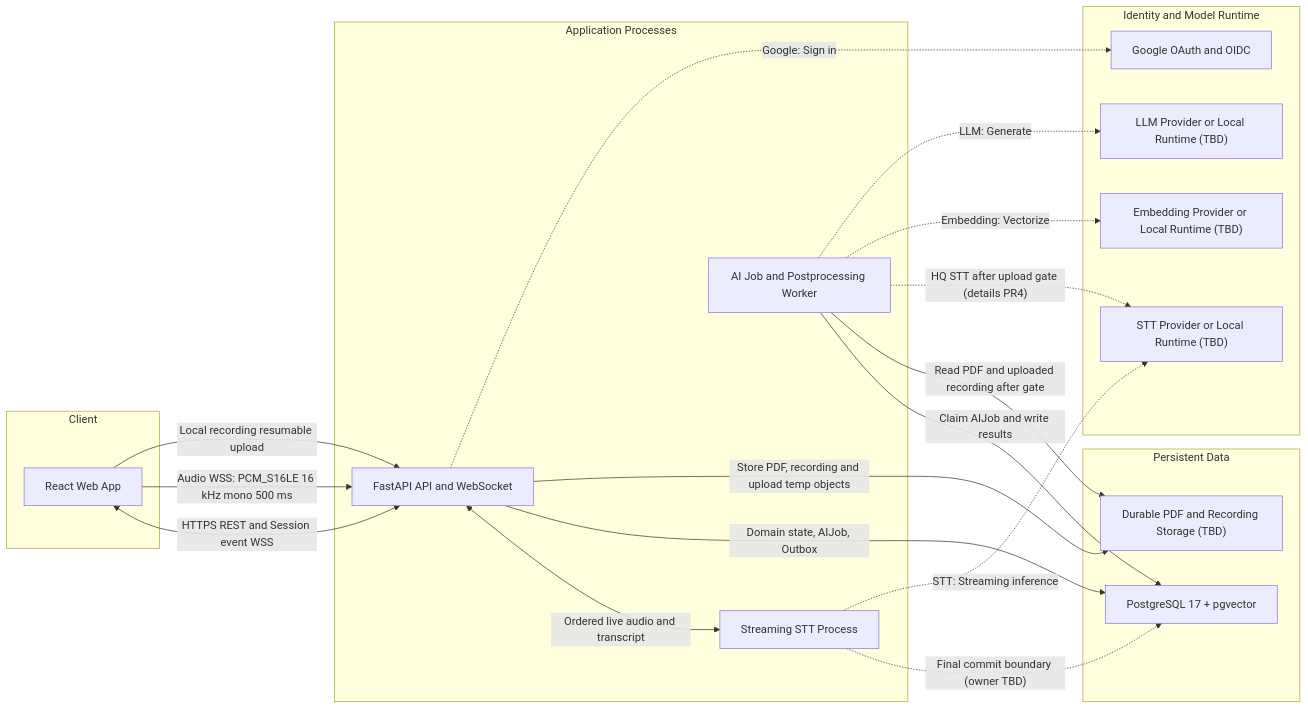
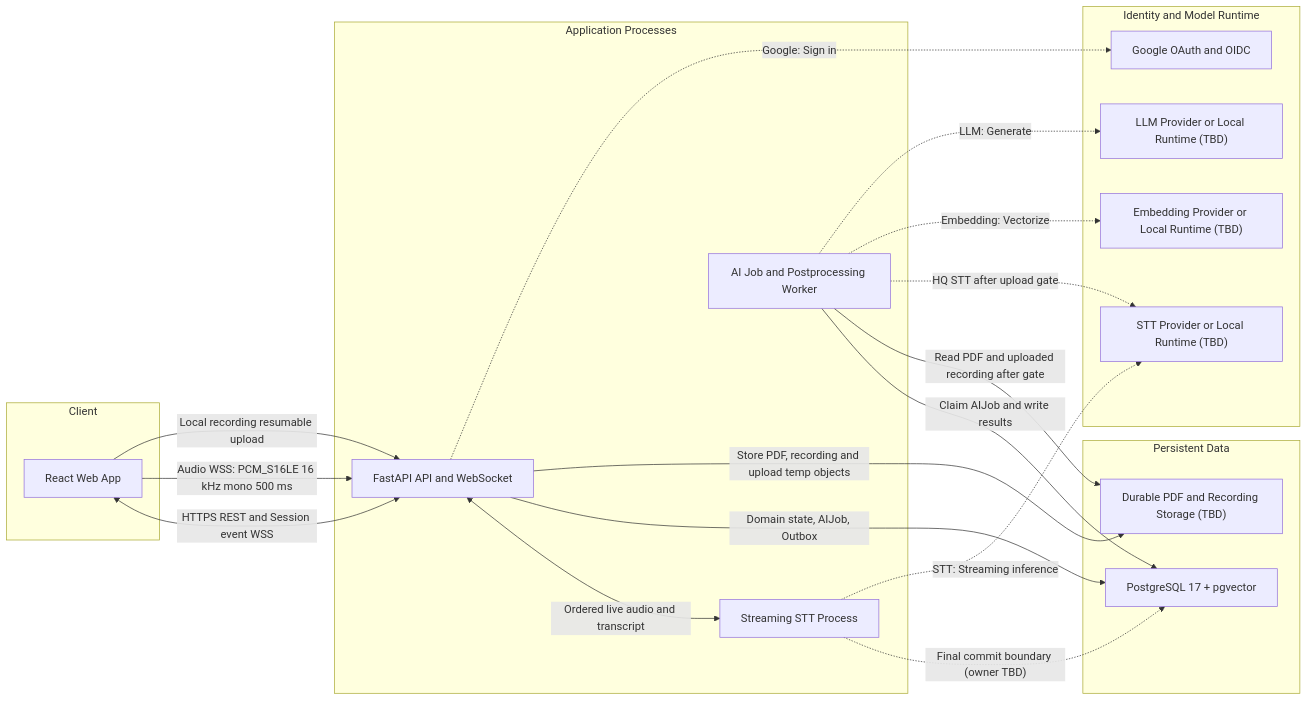
Before and after one commit to madcamp-official/26s-w2-c2-08: the second of 6 diagrams in docs/architecture/시스템구성도.md, drawn with Mermaid. The commit also changed other lines of this file and 1 other file, not shown here.

Commit message:
문서: 고품질 STT·watchdog와 부분 실패 완료 흐름 정리

````diff
--- a/docs/architecture/시스템구성도.md
+++ b/docs/architecture/시스템구성도.md
@@ -100,39 +100,39 @@
 ```mermaid
 flowchart LR
     subgraph client ["Client"]
         webApp["React Web App"]
     end
 
     subgraph service ["Application Processes"]
         apiServer["FastAPI API and WebSocket"]
         streamingStt["Streaming STT Process"]
         aiWorker["AI Job and Postprocessing Worker"]
     end
 
     subgraph datastore ["Persistent Data"]
         postgres["PostgreSQL 17 + pgvector"]
         fileStore["Durable PDF and Recording Storage (TBD)"]
     end
 
     subgraph external ["Identity and Model Runtime"]
         googleOidc["Google OAuth and OIDC"]
         sttRuntime["STT Provider or Local Runtime (TBD)"]
         embeddingRuntime["Embedding Provider or Local Runtime (TBD)"]
         llmRuntime["LLM Provider or Local Runtime (TBD)"]
     end
 
     webApp <-->|"HTTPS REST and Session event WSS"| apiServer
     webApp -->|"Audio WSS: PCM_S16LE 16 kHz mono 500 ms"| apiServer
     webApp -->|"Local recording resumable upload"| apiServer
     apiServer <-->|"Ordered live audio and transcript"| streamingStt
     apiServer -->|"Domain state, AIJob, Outbox"| postgres
     apiServer -->|"Store PDF, recording and upload temp objects"| fileStore
     streamingStt -.->|"Final commit boundary (owner TBD)"| postgres
     aiWorker -->|"Claim AIJob and write results"| postgres
     aiWorker -->|"Read PDF and uploaded recording after gate"| fileStore
     apiServer -.->|"Google: Sign in"| googleOidc
     streamingStt -.->|"STT: Streaming inference"| sttRuntime
-    aiWorker -.->|"HQ STT after upload gate (details PR4)"| sttRuntime
+    aiWorker -.->|"HQ STT after upload gate"| sttRuntime
     aiWorker -.->|"Embedding: Vectorize"| embeddingRuntime
     aiWorker -.->|"LLM: Generate"| llmRuntime
 ```
````
